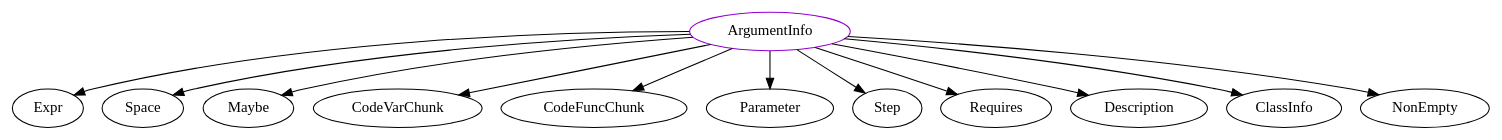
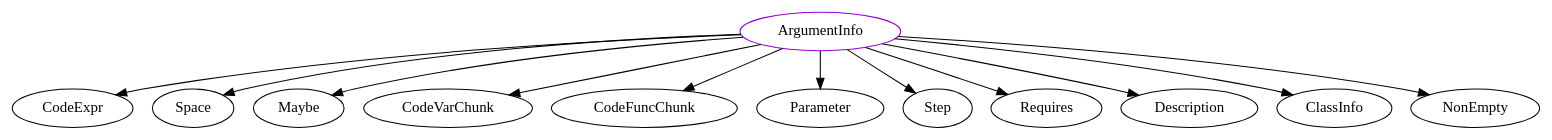
One commit to JacquesCarette/Drasil changed the diagram in analysis/TypeDependencyGraphs/code/ArgumentInfo.dot. Above: the diagram before and after it, drawn with Graphviz. The commit also changed 830 other files, not shown here.

```diff
--- a/analysis/TypeDependencyGraphs/code/ArgumentInfo.dot
+++ b/analysis/TypeDependencyGraphs/code/ArgumentInfo.dot
@@ -1,14 +1,14 @@
 digraph argumentinfo{
-ArgumentInfo -> Expr;
+ArgumentInfo -> CodeExpr;
 ArgumentInfo -> Space;
 ArgumentInfo -> Maybe;
 ArgumentInfo -> CodeVarChunk;
 ArgumentInfo -> CodeFuncChunk;
 ArgumentInfo -> Parameter;
 ArgumentInfo -> Step;
 ArgumentInfo -> Requires;
 ArgumentInfo -> Description;
 ArgumentInfo -> ClassInfo;
 ArgumentInfo -> NonEmpty;
 ArgumentInfo	[shape=oval, color=darkviolet, label=ArgumentInfo];
 }
```
